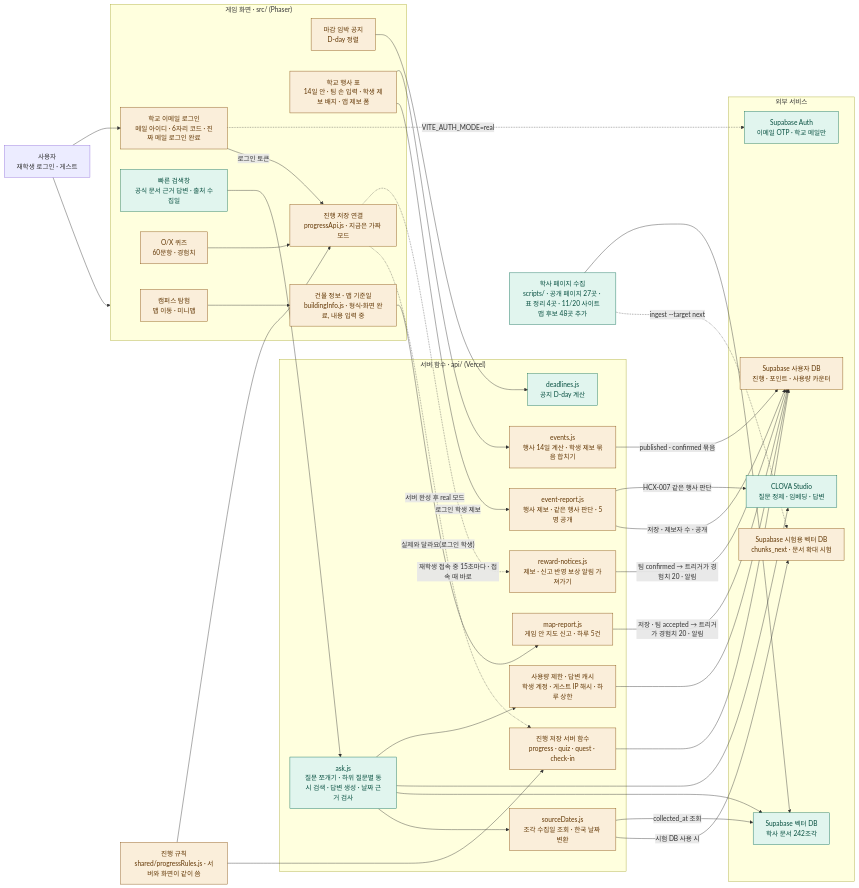
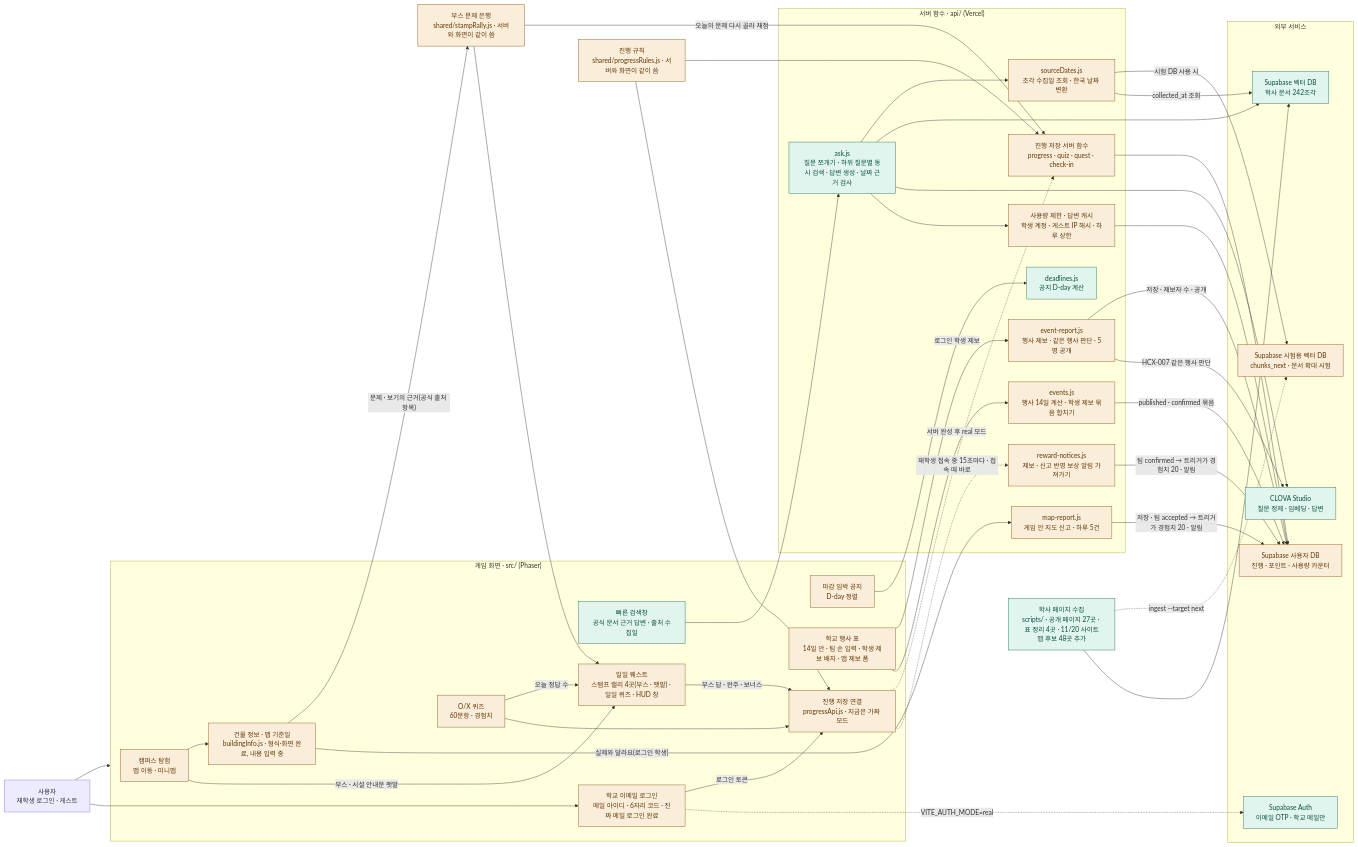
The diagram in docs/ARCHITECTURE.md (202502859-source/hufs-quest), drawn with Mermaid before and after one commit. The commit also changed other lines of this file and 30 other files, not shown here.

First line of the commit message:
docs: 일일 퀘스트 구조도 · 운영 문서 갱신, 화면 캡처, HUD 다듬기

````diff
--- a/docs/ARCHITECTURE.md
+++ b/docs/ARCHITECTURE.md
@@ -13,6 +13,7 @@
         explore["캠퍼스 탐험<br/>맵 이동 · 미니맵"]
         search["빠른 검색창<br/>공식 문서 근거 답변 · 출처 수집일"]
         quiz["O/X 퀴즈<br/>60문항 · 경험치"]
+        daily["일일 퀘스트<br/>스탬프 랠리 4곳(부스 · 팻말) · 일일 퀴즈 · HUD 창"]
         notice["마감 임박 공지<br/>D-day 정렬"]
         events["학교 행사 표<br/>14일 안 · 팀 손 입력 · 학생 제보 배지 · 앱 제보 폼"]
         mapInfo["건물 정보 · 맵 기준일<br/>buildingInfo.js · 형식·화면 완료, 내용 입력 중"]
@@ -21,6 +22,7 @@
     end
 
     rules["진행 규칙<br/>shared/progressRules.js · 서버와 화면이 같이 씀"]
+    rallyBank["부스 문제 은행<br/>shared/stampRally.js · 서버와 화면이 같이 씀"]
 
     subgraph server["서버 함수 · api/ (Vercel)"]
         ask["ask.js<br/>질문 쪼개기 · 하위 질문별 동시 검색 · 답변 생성 · 날짜 근거 검사"]
@@ -60,6 +62,12 @@
     mapInfo -->|"실제와 달라요(로그인 학생)"| mapReport
     mapReport -->|"저장 · 팀 accepted → 트리거가 경험치 20 · 알림"| userDb
     quiz --> progress
+    quiz -->|"오늘 정답 수"| daily
+    explore -->|"부스 · 시설 안내문 팻말"| daily
+    daily -->|"부스 답 · 완주 · 보너스"| progress
+    mapInfo -->|"문제 · 보기의 근거(공식 출처 항목)"| rallyBank
+    rallyBank --> daily
+    rallyBank -->|"오늘의 문제 다시 골라 채점"| newApi
     progress -.->|"서버 완성 후 real 모드"| newApi
     rules --> progress
     rules --> newApi
@@ -80,5 +88,5 @@
     classDef todo fill:#FAECE7,stroke:#993C1D,color:#712B13,stroke-dasharray:5 3
 
     class search,ask,deadlines,clova,vector,collect,supaAuth done
-    class explore,quiz,notice,progress,rules,userDb,login,limiter,mapInfo,newApi,vectorNext,events,eventsApi,sourceDates,eventReport,rewardNotice,mapReport partial
+    class explore,quiz,notice,progress,rules,userDb,login,limiter,mapInfo,newApi,vectorNext,events,eventsApi,sourceDates,eventReport,rewardNotice,mapReport,daily,rallyBank partial
 ```
````
